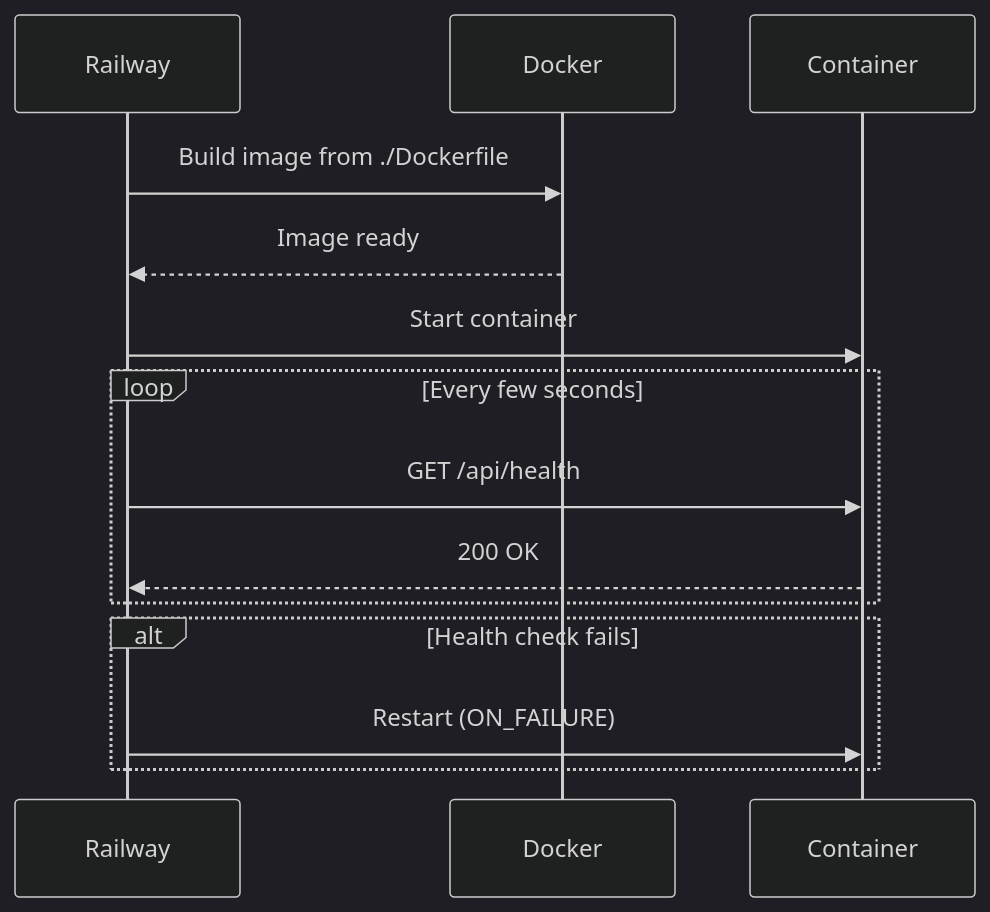
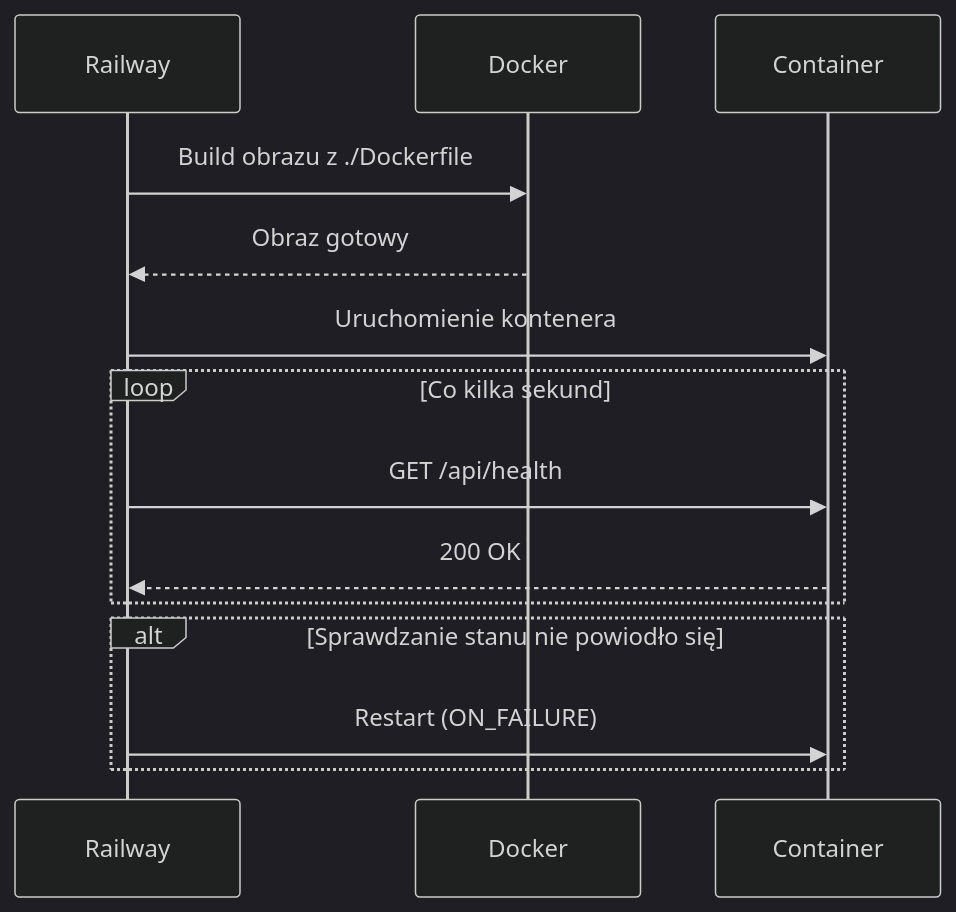
Before and after one commit to leszek3737/librefang-WIki: the diagram in deploy-railway.md, drawn with Mermaid (dark theme). The commit also changed other lines of this file and 104 other files, not shown here.

````diff
--- a/deploy-railway.md
+++ b/deploy-railway.md
@@ -57,17 +57,17 @@
 ```mermaid
 sequenceDiagram
     participant Railway
     participant Docker
     participant App as Container
 
-    Railway->>Docker: Build image from ./Dockerfile
-    Docker-->>Railway: Image ready
-    Railway->>App: Start container
-    loop Every few seconds
+    Railway->>Docker: Build obrazu z ./Dockerfile
+    Docker-->>Railway: Obraz gotowy
+    Railway->>App: Uruchomienie kontenera
+    loop Co kilka sekund
         Railway->>App: GET /api/health
         App-->>Railway: 200 OK
     end
-    alt Health check fails
+    alt Sprawdzanie stanu nie powiodło się
         Railway->>App: Restart (ON_FAILURE)
     end
 ```
````
